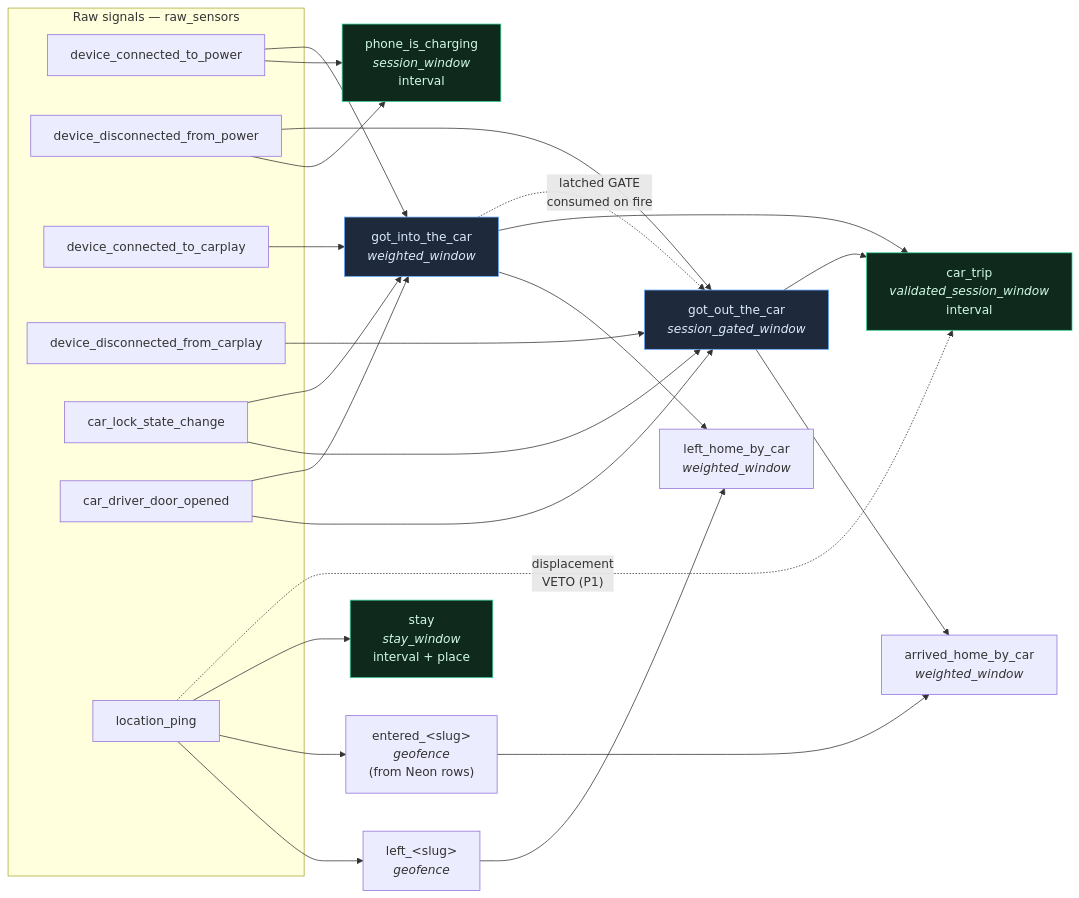
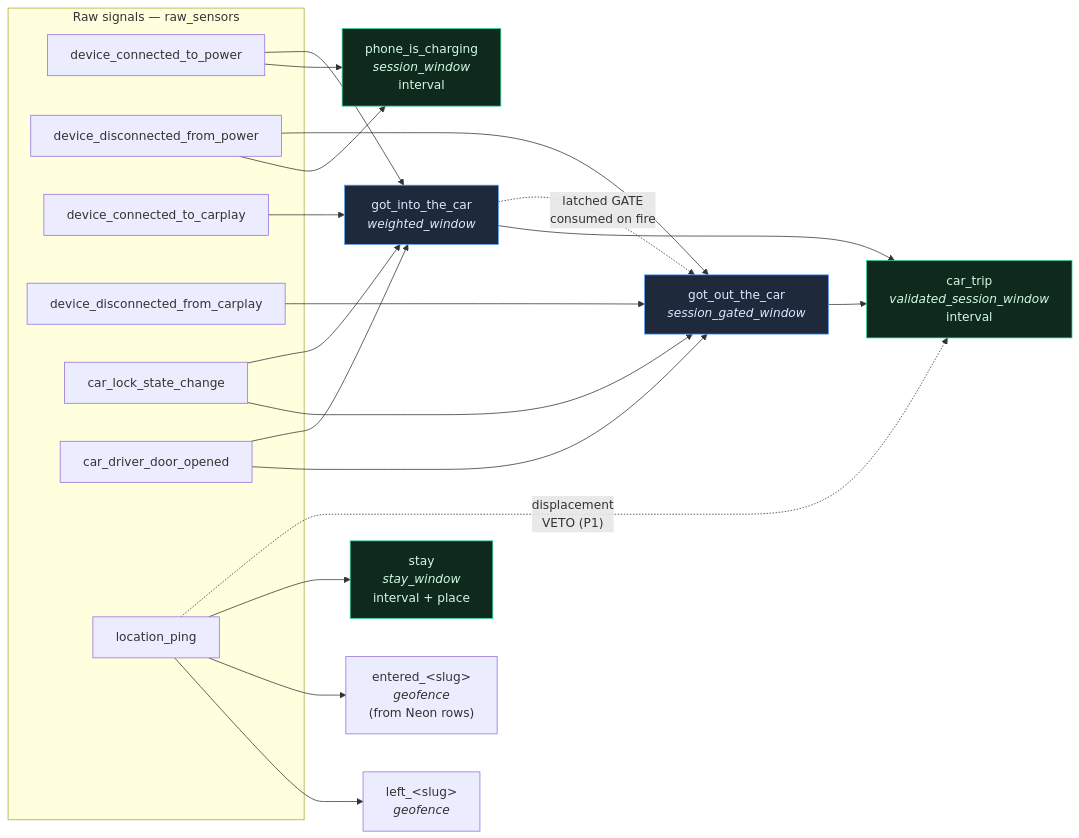
Before and after one commit to rodis/inference: the sixth of 13 diagrams in doc/core.md, drawn with Mermaid. The commit also changed other lines of this file and 7 other files, not shown here.

````diff
--- a/doc/core.md
+++ b/doc/core.md
@@ -476,52 +476,46 @@
 ```mermaid
 flowchart LR
     subgraph rawsig["Raw signals — raw_sensors"]
         pwr["device_connected_to_power"]
         upwr["device_disconnected_from_power"]
         cp["device_connected_to_carplay"]
         ucp["device_disconnected_from_carplay"]
         lock["car_lock_state_change"]
         door["car_driver_door_opened"]
         ping["location_ping"]
     end
 
     gin["got_into_the_car<br/><i>weighted_window</i>"]
     gout["got_out_the_car<br/><i>session_gated_window</i>"]
     trip["car_trip<br/><i>validated_session_window</i><br/>interval"]
     chg["phone_is_charging<br/><i>session_window</i><br/>interval"]
     stay["stay<br/><i>stay_window</i><br/>interval + place"]
     ent["entered_&lt;slug&gt;<br/><i>geofence</i><br/>(from Neon rows)"]
     lft["left_&lt;slug&gt;<br/><i>geofence</i>"]
-    arr["arrived_home_by_car<br/><i>weighted_window</i>"]
-    lhome["left_home_by_car<br/><i>weighted_window</i>"]
 
     pwr --> gin
     cp --> gin
     lock --> gin
     door --> gin
 
     ucp --> gout
     lock --> gout
     upwr --> gout
     door --> gout
     gin -.->|"latched GATE<br/>consumed on fire"| gout
 
     gin --> trip
     gout --> trip
     ping -.->|"displacement<br/>VETO (P1)"| trip
     pwr --> chg
     upwr --> chg
     ping --> stay
     ping --> ent
     ping --> lft
-    ent --> arr
-    gout --> arr
-    lft --> lhome
-    gin --> lhome
 
     style gin fill:#1e293b,stroke:#60a5fa,color:#dbeafe
     style gout fill:#1e293b,stroke:#60a5fa,color:#dbeafe
     style trip fill:#0f2a1d,stroke:#34d399,color:#d1fae5
     style chg fill:#0f2a1d,stroke:#34d399,color:#d1fae5
     style stay fill:#0f2a1d,stroke:#34d399,color:#d1fae5
 ```
````
